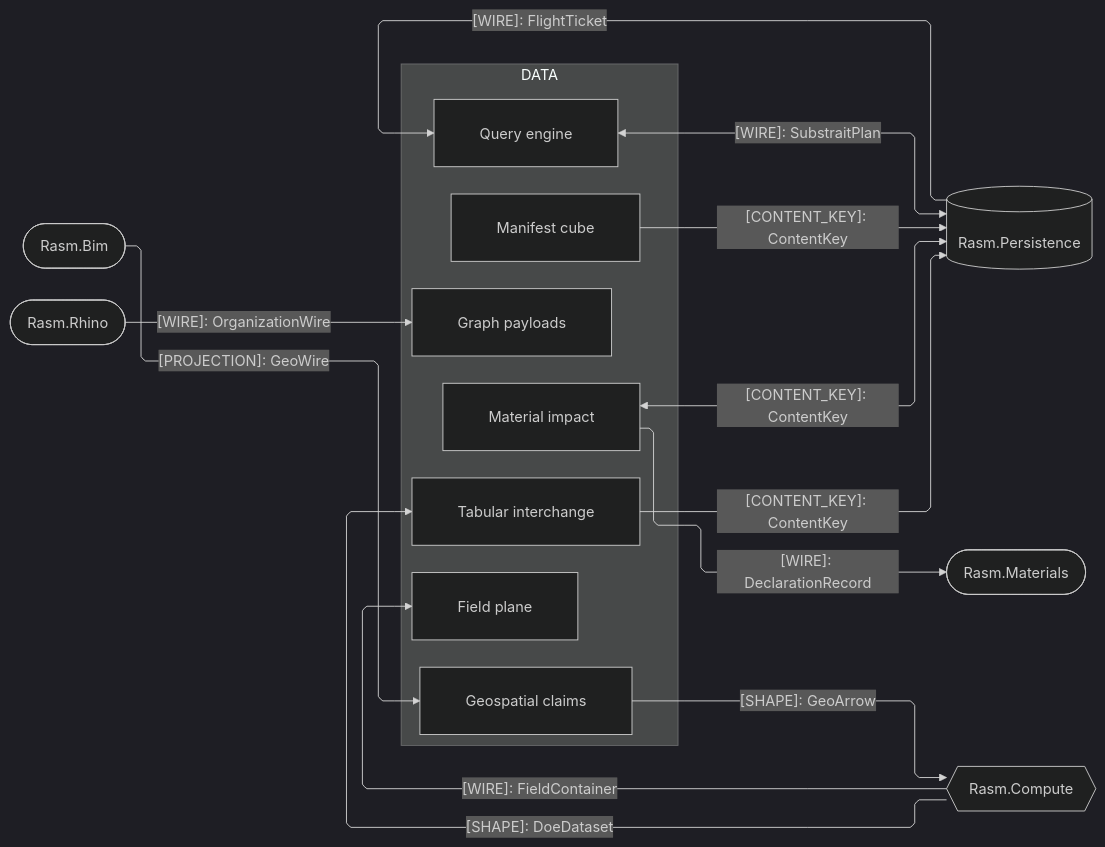
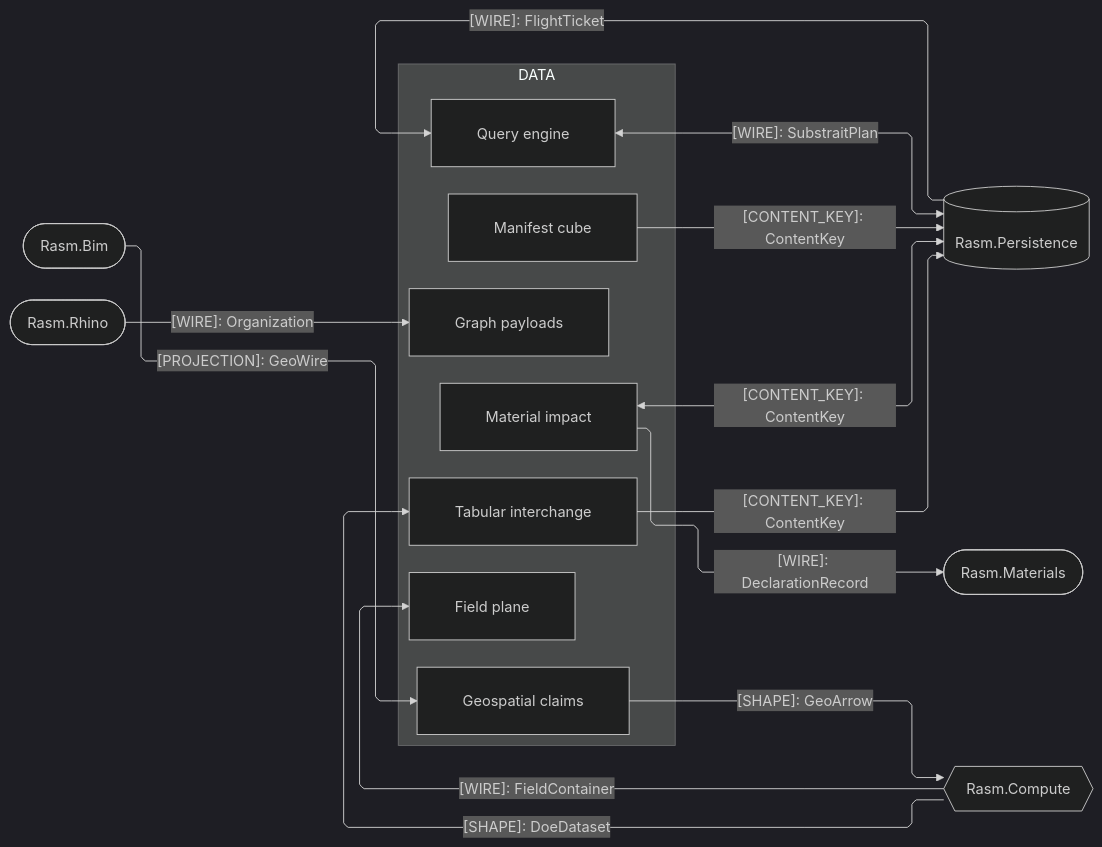
The fourth of 5 diagrams in libs/python/data/ARCHITECTURE.md (bsamiee/Rasm), drawn with Mermaid (dark theme) before and after one commit. The commit also changed 820 other files, not shown here.

````diff
--- a/libs/python/data/ARCHITECTURE.md
+++ b/libs/python/data/ARCHITECTURE.md
@@ -214,37 +214,37 @@
 ```mermaid
 ---
 config:
   layout: elk
   flowchart:
     curve: linear
     padding: 25
 ---
 flowchart LR
     accTitle: Data package C#-peer seam registry
     accDescr: Data sub-domain owners exchanging frame shapes, content keys, plan wires, and the environmental set with the C# peers.
     subgraph data[DATA]
         Tabular[Tabular interchange]
         Query[Query engine]
         Geospatial[Geospatial claims]
         Virtual[Manifest cube]
         Field[Field plane]
         Impact[Material impact]
         Graph[Graph payloads]
     end
     Persistence[(Rasm.Persistence)]
     Materials([Rasm.Materials])
     Compute{{Rasm.Compute}}
     Bim([Rasm.Bim])
     Rhino([Rasm.Rhino])
     Compute e1@-->|"[SHAPE]: DoeDataset"| Tabular
     Compute e2@-->|"[WIRE]: FieldContainer"| Field
     Geospatial e3@-->|"[SHAPE]: GeoArrow"| Compute
     Tabular e4@-->|"[CONTENT_KEY]: ContentKey"| Persistence
     Query e5@<-->|"[WIRE]: SubstraitPlan"| Persistence
     Virtual e6@-->|"[CONTENT_KEY]: ContentKey"| Persistence
     Impact e7@<-->|"[CONTENT_KEY]: ContentKey"| Persistence
     Bim e8@-->|"[PROJECTION]: GeoWire"| Geospatial
-    Rhino e9@-->|"[WIRE]: OrganizationWire"| Graph
+    Rhino e9@-->|"[WIRE]: Organization"| Graph
     Persistence e10@-->|"[WIRE]: FlightTicket"| Query
     Impact e11@-->|"[WIRE]: DeclarationRecord"| Materials
 ```
````
